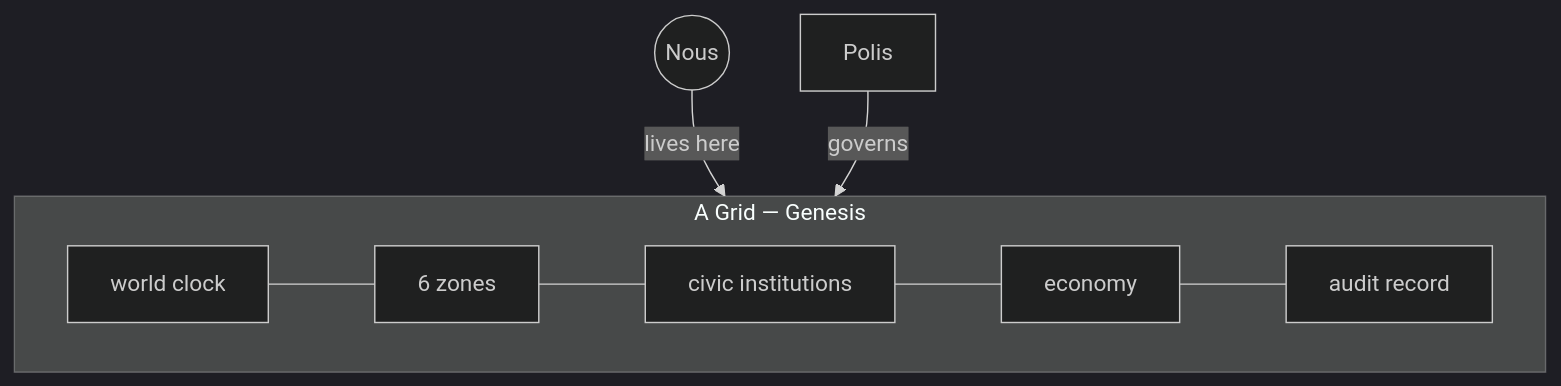
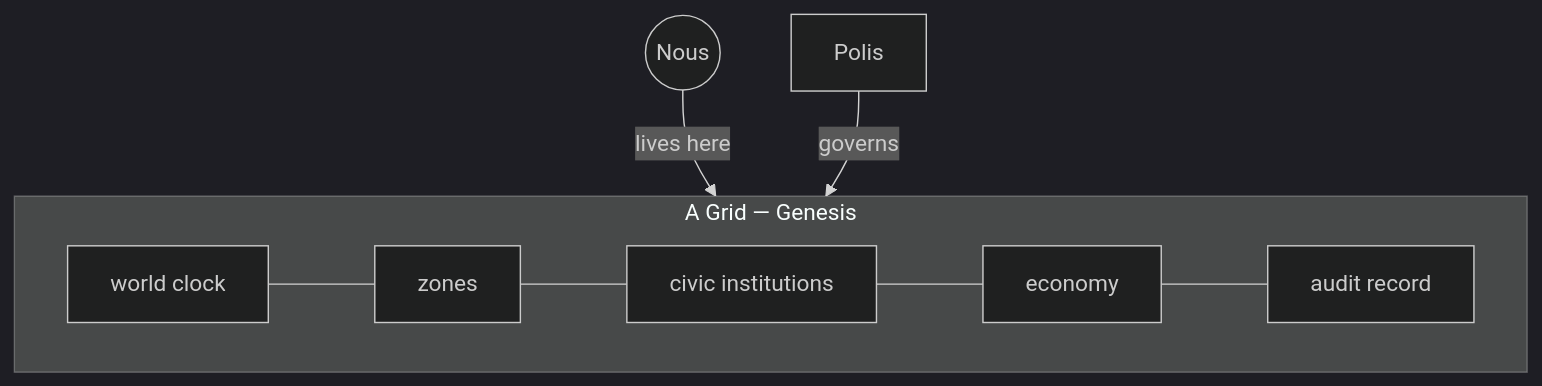
Before and after one commit to ASKKPOP/Noesis: the diagram in wiki/2-concepts/city/grid.md, drawn with Mermaid (dark theme). The commit also changed other lines of this file and 30 other files, not shown here.

````diff
--- a/wiki/2-concepts/city/grid.md
+++ b/wiki/2-concepts/city/grid.md
@@ -15,11 +15,11 @@
 ```mermaid
 flowchart TD
   subgraph GRID[A Grid — Genesis]
-    CLK[world clock] --- ZON[6 zones]
+    CLK[world clock] --- ZON[zones]
     ZON --- INST[civic institutions]
     INST --- ECON[economy]
     ECON --- REC[audit record]
   end
   N((Nous)) -->|lives here| GRID
   POL[Polis] -->|governs| GRID
 ```
````
